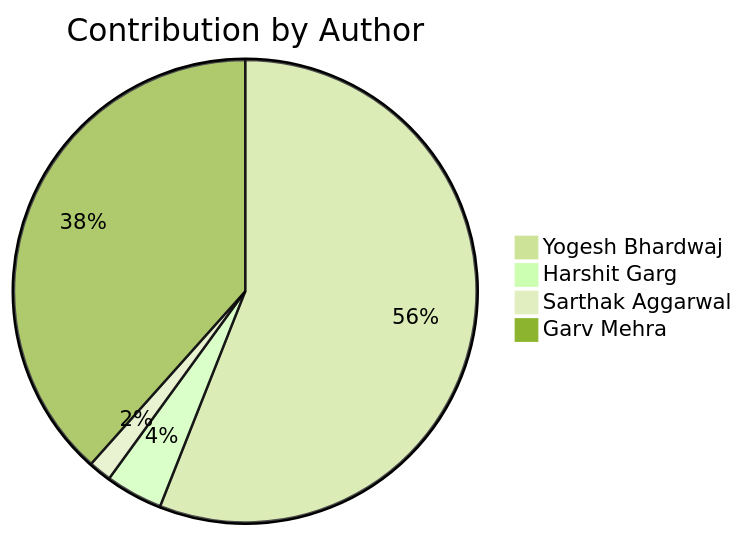
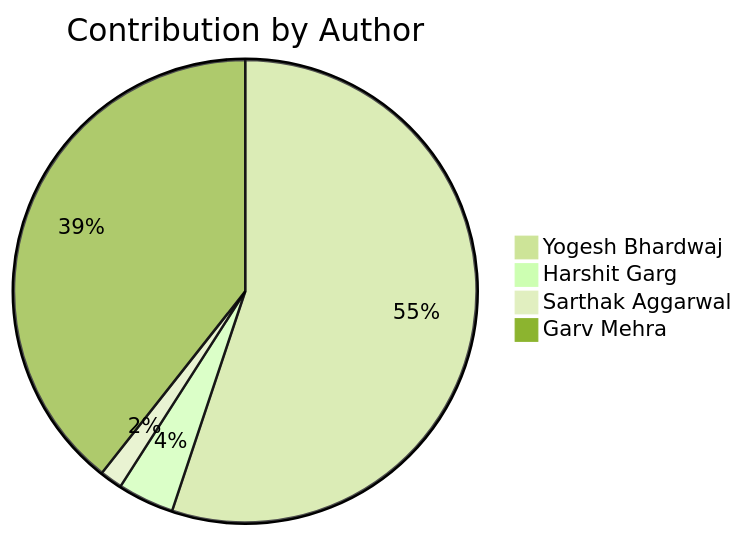
The second of 2 diagrams in README.md (Yogesh-Bhardwaj-hue/Scm-Final_2.0), drawn with Mermaid (forest theme) before and after one commit. The commit also changed other lines of this file, not shown here.

Commit message:
Update contribution charts

````diff
--- a/README.md
+++ b/README.md
@@ -183,7 +183,7 @@
 ```mermaid
 pie title Contribution by Author
     "Yogesh Bhardwaj": 70
     "Harshit Garg": 5
     "Sarthak Aggarwal": 2
-    "Garv Mehra": 48
+    "Garv Mehra": 50
 ```
````
